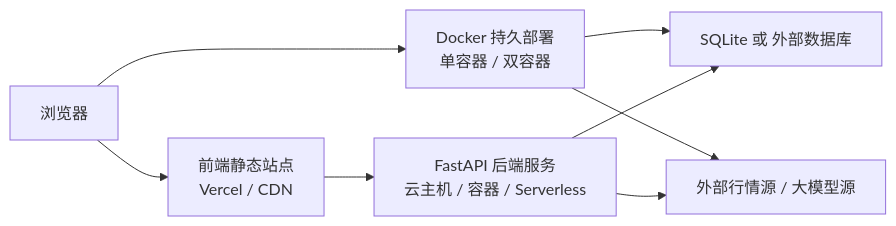
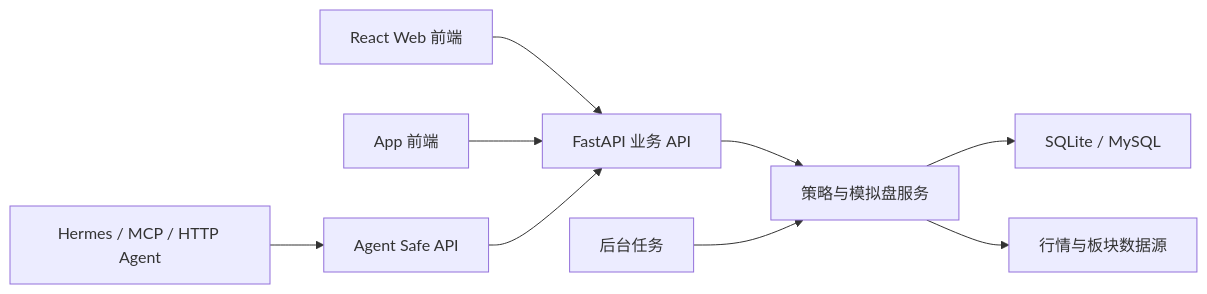
One commit to Xikal/tquant-trading-platform changed the diagram in ARCHITECTURE.md. Above: the diagram before and after it, drawn with Mermaid. The commit also changed other lines of this file and 187 other files, not shown here.

````diff
--- a/ARCHITECTURE.md
+++ b/ARCHITECTURE.md
@@ -96,17 +9,21 @@
 ```mermaid
 flowchart LR
-    B["浏览器"]
-    V["前端静态站点<br/>Vercel / CDN"]
-    F["FastAPI 后端服务<br/>云主机 / 容器 / Serverless"]
-    C["Docker 持久部署<br/>单容器 / 双容器"]
-    S["SQLite 或 外部数据库"]
-    M["外部行情源 / 大模型源"]
+    Web["React Web 前端"]
+    App["App 前端"]
+    API["FastAPI 业务 API"]
+    SafeAPI["Agent Safe API"]
+    Core["策略与模拟盘服务"]
+    Jobs["后台任务"]
+    DB["SQLite / MySQL"]
+    Market["行情与板块数据源"]
+    Agent["Hermes / MCP / HTTP Agent"]
 
-    B --> V
-    V --> F
-    B --> C
-    C --> S
-    C --> M
-    F --> S
-    F --> M
+    Web --> API
+    App --> API
+    Agent --> SafeAPI
+    SafeAPI --> API
+    API --> Core
+    Jobs --> Core
+    Core --> DB
+    Core --> Market
 ```
````
